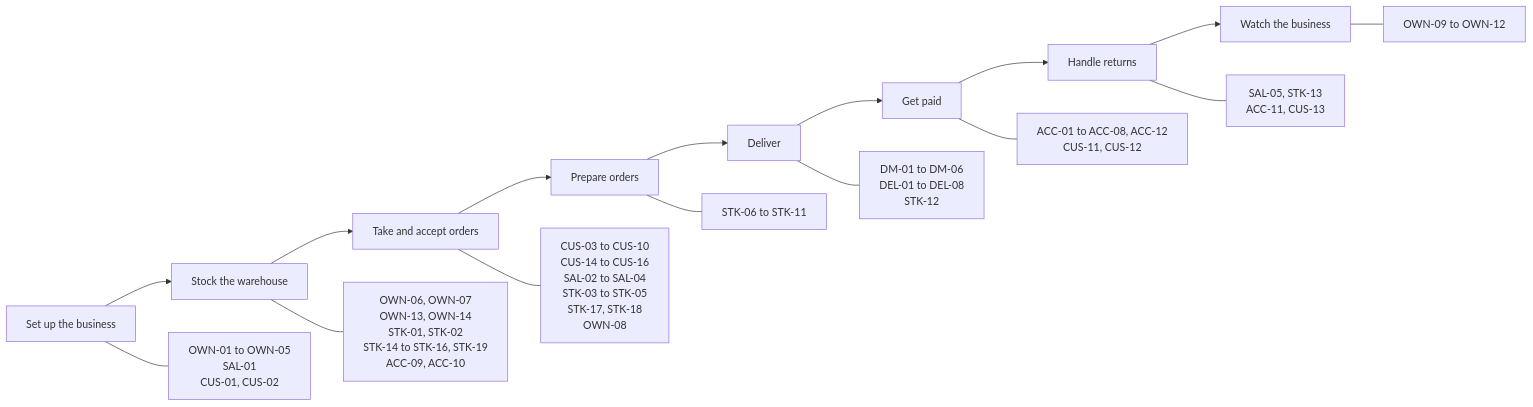
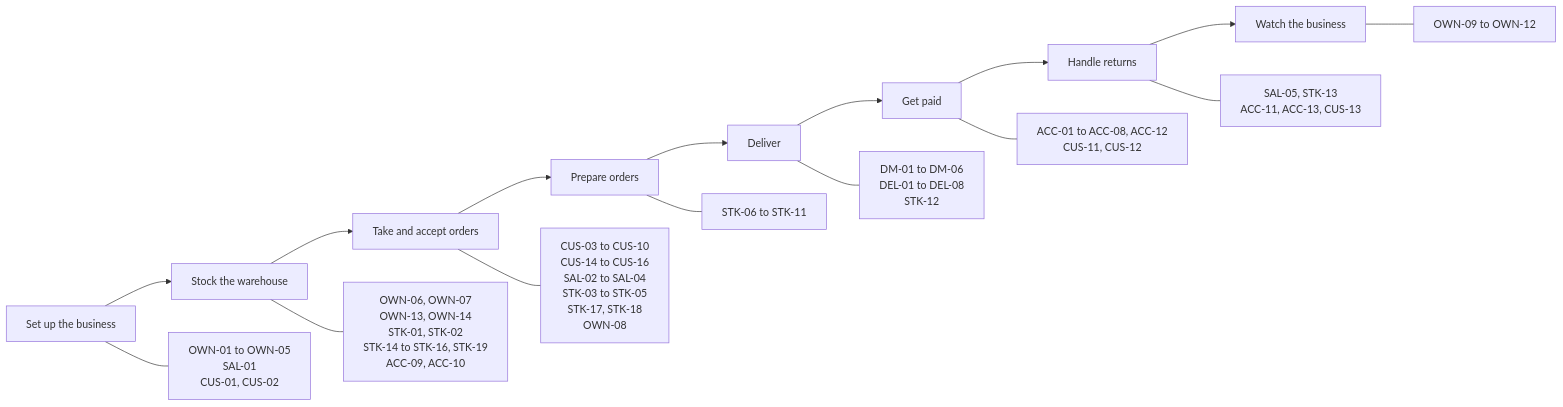
The diagram in docs/user-stories/README.md (AhmedElnagarUU/Cosmo), drawn with Mermaid before and after one commit. The commit also changed other lines of this file and 14 other files, not shown here.

````diff
--- a/docs/user-stories/README.md
+++ b/docs/user-stories/README.md
@@ -50,19 +50,19 @@
 ```mermaid
 flowchart LR
     S1[Set up the business] --> S2[Stock the warehouse]
     S2 --> S3[Take and accept orders]
     S3 --> S4[Prepare orders]
     S4 --> S5[Deliver]
     S5 --> S6[Get paid]
     S6 --> S7[Handle returns]
     S7 --> S8[Watch the business]
 
     S1 --- T1[OWN-01 to OWN-05<br/>SAL-01<br/>CUS-01, CUS-02]
     S2 --- T2[OWN-06, OWN-07<br/>OWN-13, OWN-14<br/>STK-01, STK-02<br/>STK-14 to STK-16, STK-19<br/>ACC-09, ACC-10]
     S3 --- T3[CUS-03 to CUS-10<br/>CUS-14 to CUS-16<br/>SAL-02 to SAL-04<br/>STK-03 to STK-05<br/>STK-17, STK-18<br/>OWN-08]
     S4 --- T4[STK-06 to STK-11]
     S5 --- T5[DM-01 to DM-06<br/>DEL-01 to DEL-08<br/>STK-12]
     S6 --- T6[ACC-01 to ACC-08, ACC-12<br/>CUS-11, CUS-12]
-    S7 --- T7[SAL-05, STK-13<br/>ACC-11, CUS-13]
+    S7 --- T7[SAL-05, STK-13<br/>ACC-11, ACC-13, CUS-13]
     S8 --- T8[OWN-09 to OWN-12]
 ```
````
